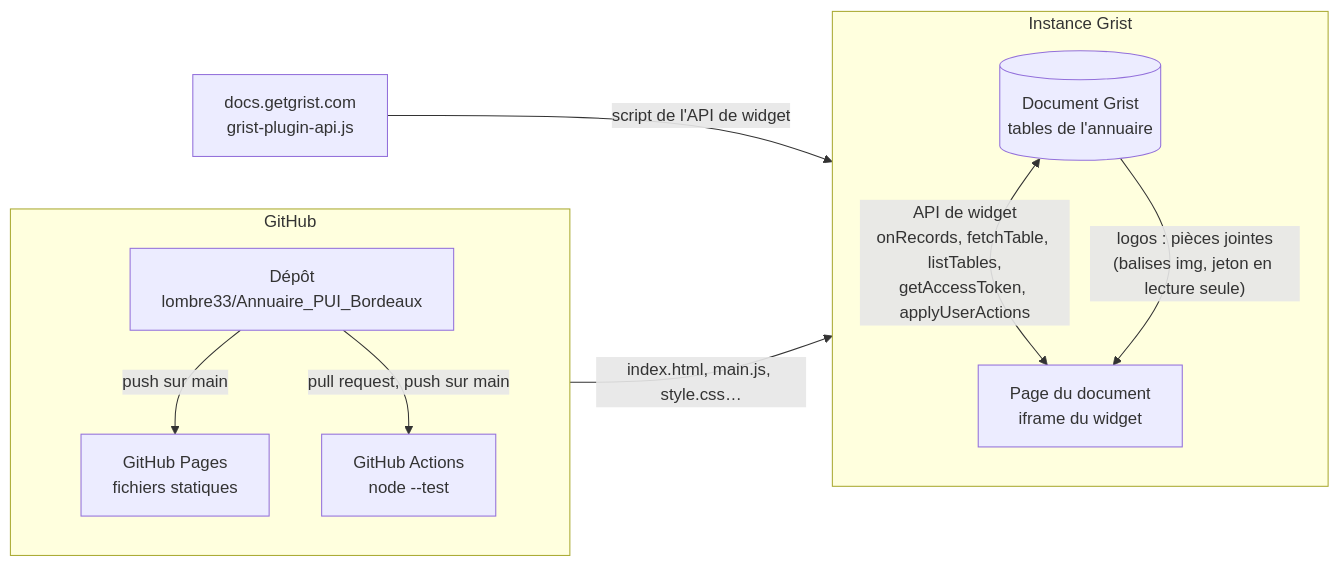
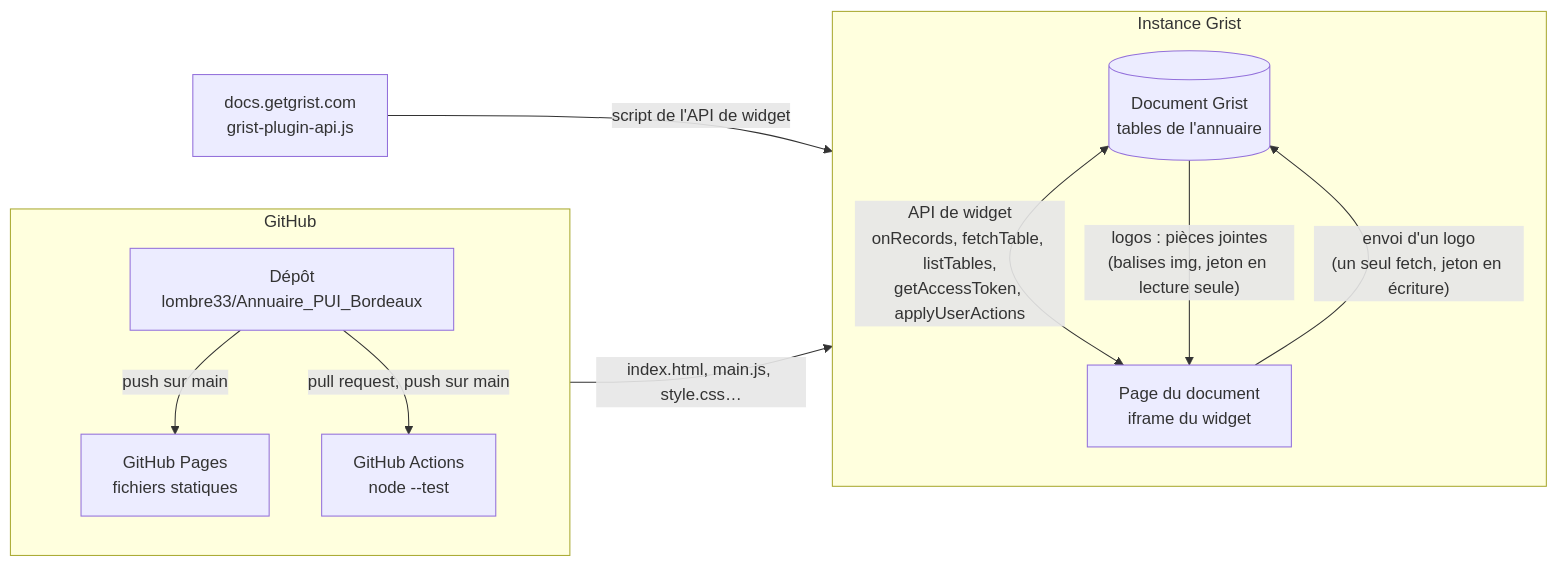
The first of 7 diagrams in docs/developpeurs.md (lombre33/Annuaire_PUI_Bordeaux), drawn with Mermaid before and after one commit. The commit also changed other lines of this file and 43 other files, not shown here.

````diff
--- a/docs/developpeurs.md
+++ b/docs/developpeurs.md
@@ -34,21 +35,22 @@
 ```mermaid
 flowchart LR
     subgraph grist["Instance Grist"]
         direction TB
         doc[("Document Grist<br/>tables de l'annuaire")]
         page["Page du document<br/>iframe du widget"]
         doc <-->|"API de widget<br/>onRecords, fetchTable, listTables,<br/>getAccessToken, applyUserActions"| page
         doc -->|"logos : pièces jointes<br/>(balises img, jeton en lecture seule)"| page
+        page -->|"envoi d'un logo<br/>(un seul fetch, jeton en écriture)"| doc
     end
     subgraph github["GitHub"]
         direction TB
         repo["Dépôt<br/>lombre33/Annuaire_PUI_Bordeaux"]
         pages["GitHub Pages<br/>fichiers statiques"]
         ci["GitHub Actions<br/>node --test"]
         repo -->|"push sur main"| pages
         repo -->|"pull request, push sur main"| ci
     end
     api["docs.getgrist.com<br/>grist-plugin-api.js"]
     pages -->|"index.html, main.js, style.css…"| page
     api -->|"script de l'API de widget"| page
 ```
````
